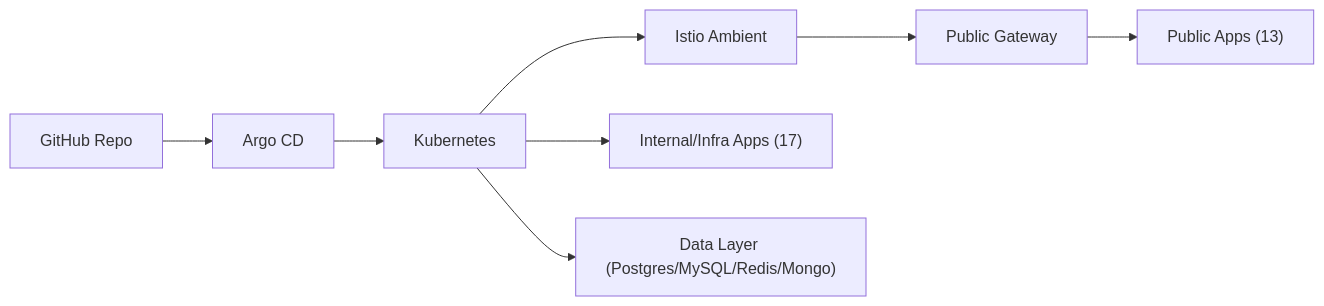
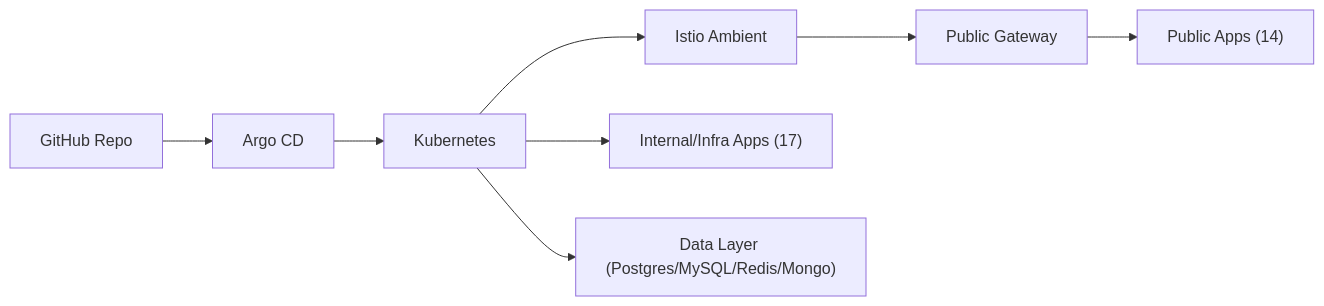
The diagram in README.md (noeulnight/homelab), drawn with Mermaid before and after one commit. The commit also changed other lines of this file and 6 other files, not shown here.

````diff
--- a/README.md
+++ b/README.md
@@ -13,10 +13,10 @@
 ```mermaid
 flowchart LR
   GitHub["GitHub Repo"] --> Argo["Argo CD"]
   Argo --> K8s["Kubernetes"]
   K8s --> Istio["Istio Ambient"]
   Istio --> Gateway["Public Gateway"]
-  Gateway --> PublicApps["Public Apps (13)"]
+  Gateway --> PublicApps["Public Apps (14)"]
   K8s --> InternalApps["Internal/Infra Apps (17)"]
   K8s --> Data["Data Layer (Postgres/MySQL/Redis/Mongo)"]
 ```
````
